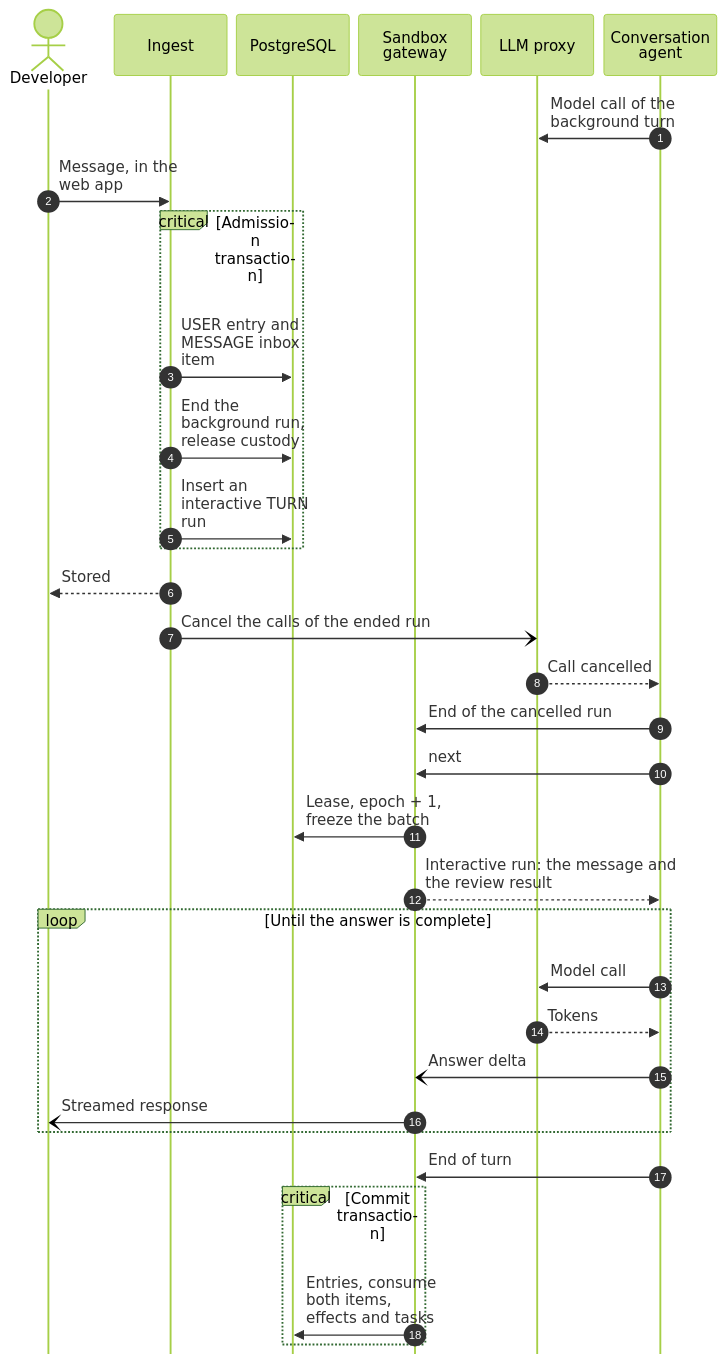
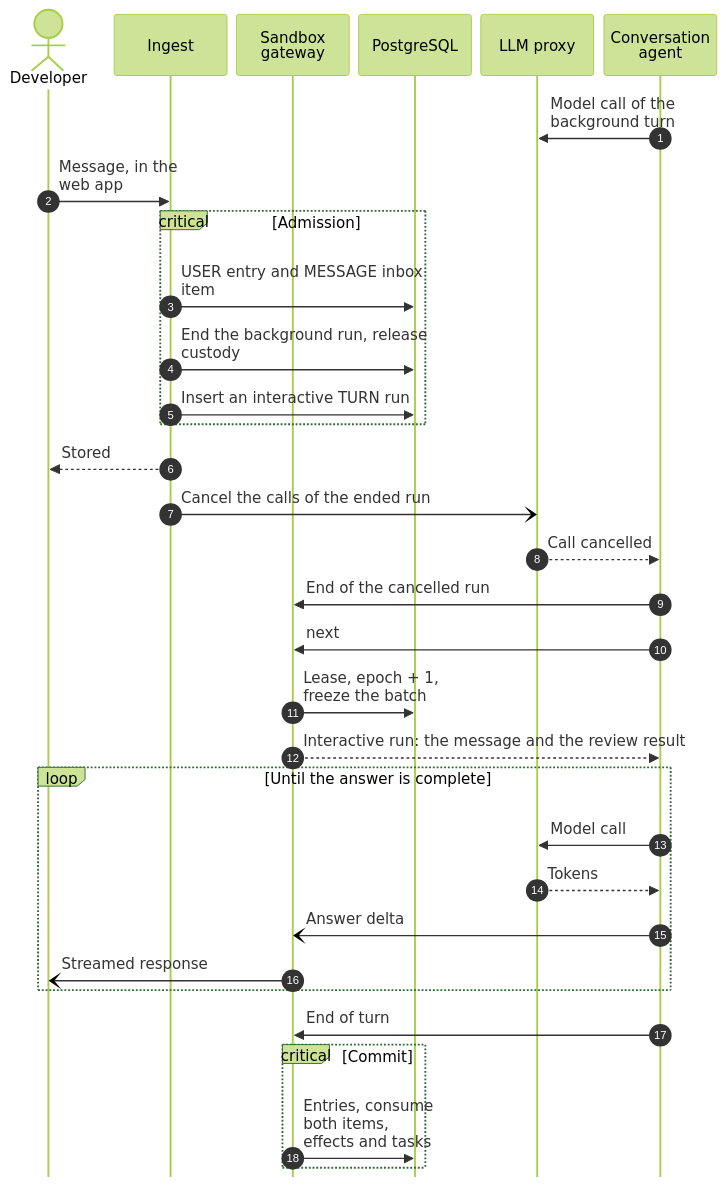
The fifth of 9 diagrams in docs/contributor/conversation-core.mdx (hephaestus-build/Hephaestus), drawn with Mermaid (forest theme) before and after one commit. The commit also changed other lines of this file, not shown here.

````diff
--- a/docs/contributor/conversation-core.mdx
+++ b/docs/contributor/conversation-core.mdx
@@ -387,45 +392,45 @@
 ```mermaid
 ---
 config:
   sequence:
     actorMargin: 10
     width: 120
     wrap: true
     messageAlign: left
     mirrorActors: false
 ---
 sequenceDiagram
     accTitle: A message during a background turn
     accDescr: A background turn of the conversation agent on the main thread works on a review result. The developer sends a message. Admission stores the message, ends the background run and inserts an interactive run in one transaction, and tells the LLM proxy to cancel the call in flight. The conversation agent reports the end and leases the new run, whose batch holds the message and the review result. The turn streams its answer and commits.
     autonumber
     actor D as Developer
     participant I as Ingest
+    participant G as Sandbox gateway
     participant DB as PostgreSQL
-    participant G as Sandbox gateway
     participant P as LLM proxy
     participant M as Conversation agent
     M->>P: Model call of the background turn
     D->>I: Message, in the web app
-    critical Admission transaction
+    critical Admission
         I->>DB: USER entry and MESSAGE inbox item
         I->>DB: End the background run, release custody
         I->>DB: Insert an interactive TURN run
     end
     I-->>D: Stored
     I-)P: Cancel the calls of the ended run
     P-->>M: Call cancelled
     M->>G: End of the cancelled run
     M->>G: next
     G->>DB: Lease, epoch + 1, freeze the batch
     G-->>M: Interactive run: the message and the review result
     loop Until the answer is complete
         M->>P: Model call
         P-->>M: Tokens
         M-)G: Answer delta
         G-)D: Streamed response
     end
     M->>G: End of turn
-    critical Commit transaction
+    critical Commit
         G->>DB: Entries, consume both items, effects and tasks
     end
 ```
````
